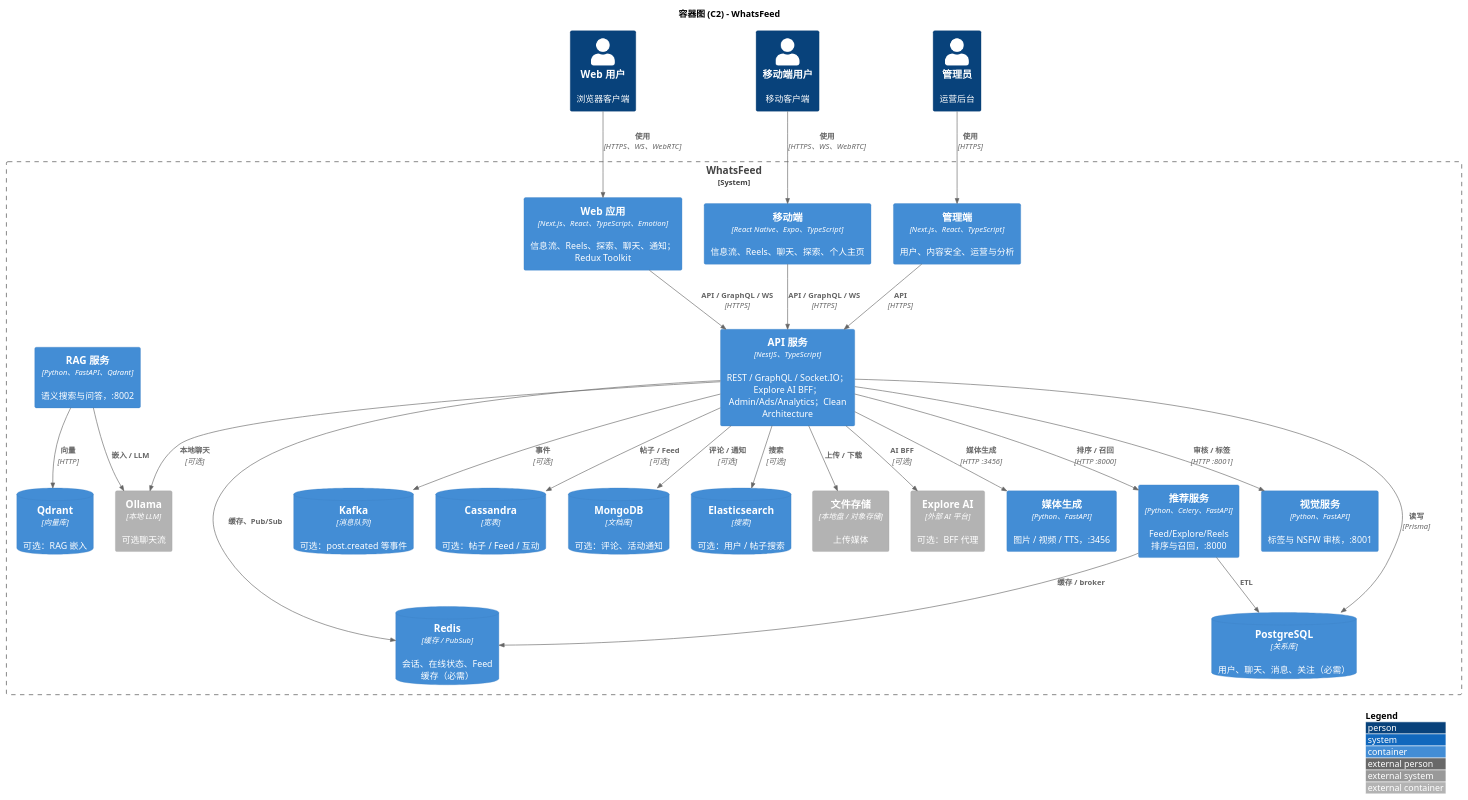
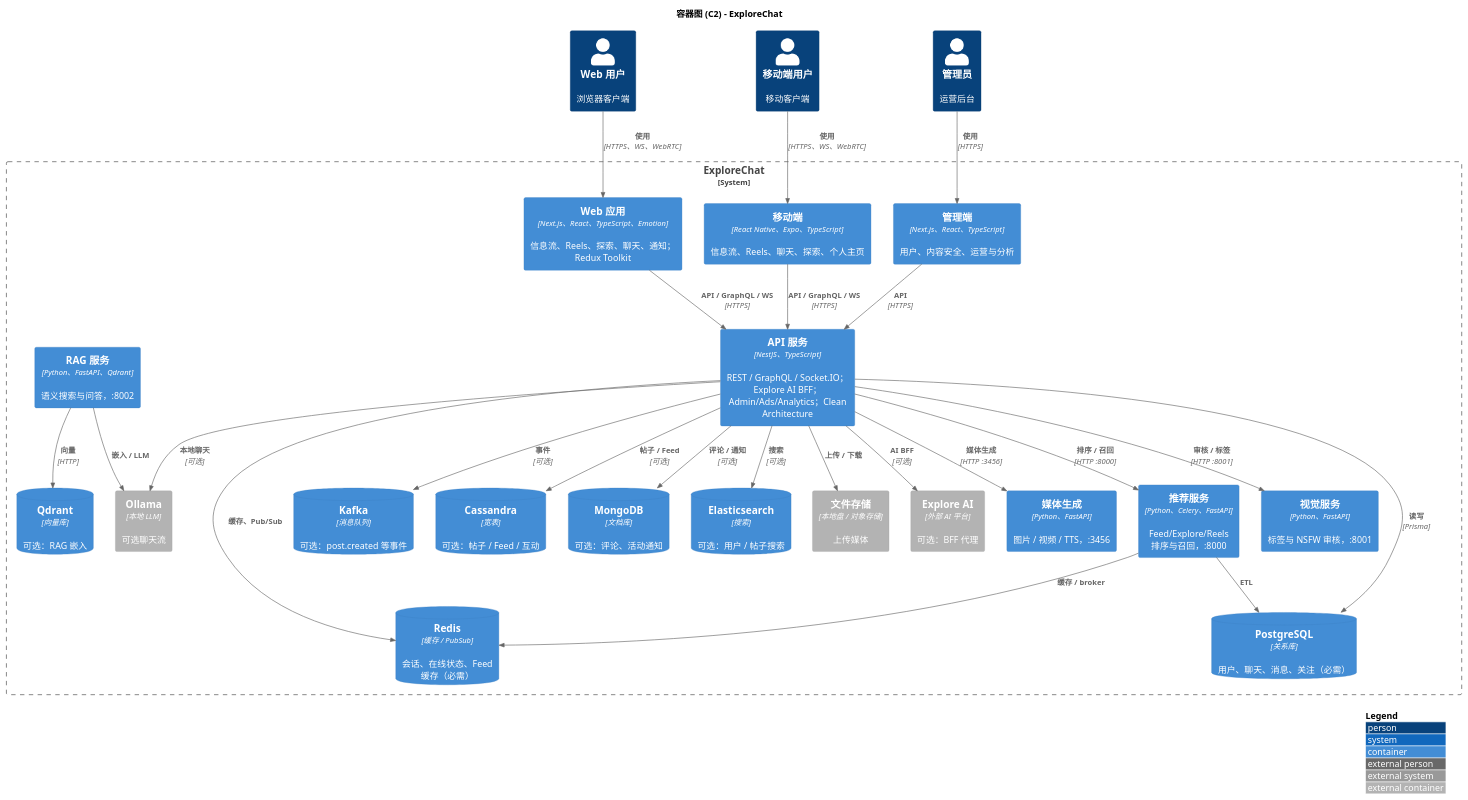
Before and after one commit to felixzhu97/explore-chat: the diagram in docs/developer/c4-model/C2-Container.puml, drawn with PlantUML. The commit also changed 16 other files, not shown here.

First line of the commit message:
Rename project branding to ExploreChat / explore-chat (#31)

```diff
--- a/docs/developer/c4-model/C2-Container.puml
+++ b/docs/developer/c4-model/C2-Container.puml
@@ -1,56 +1,56 @@
 @startuml C2-Container
 !include https://raw.githubusercontent.com/plantuml-stdlib/C4-PlantUML/master/C4_Container.puml
 
 LAYOUT_WITH_LEGEND()
 
-title 容器图 (C2) - WhatsFeed
+title 容器图 (C2) - ExploreChat
 
 Person(user_web, "Web 用户", "浏览器客户端")
 Person(user_mobile, "移动端用户", "移动客户端")
 Person(admin_user, "管理员", "运营后台")
 
-System_Boundary(whatsfeed, "WhatsFeed") {
+System_Boundary(whatsfeed, "ExploreChat") {
   Container(web_app, "Web 应用", "Next.js、React、TypeScript、Emotion", "信息流、Reels、探索、聊天、通知；Redux Toolkit")
   Container(admin_app, "管理端", "Next.js、React、TypeScript", "用户、内容安全、运营与分析")
   Container(mobile_app, "移动端", "React Native、Expo、TypeScript", "信息流、Reels、聊天、探索、个人主页")
   Container(api_server, "API 服务", "NestJS、TypeScript", "REST / GraphQL / Socket.IO；Explore AI BFF；Admin/Ads/Analytics；Clean Architecture")
   Container(media_gen, "媒体生成", "Python、FastAPI", "图片 / 视频 / TTS，:3456")
   Container(recommendation_svc, "推荐服务", "Python、Celery、FastAPI", "Feed/Explore/Reels 排序与召回，:8000")
   Container(vision_svc, "视觉服务", "Python、FastAPI", "标签与 NSFW 审核，:8001")
   Container(rag_svc, "RAG 服务", "Python、FastAPI、Qdrant", "语义搜索与问答，:8002")
   ContainerDb(postgres, "PostgreSQL", "关系库", "用户、聊天、消息、关注（必需）")
   ContainerDb(redis, "Redis", "缓存 / PubSub", "会话、在线状态、Feed 缓存（必需）")
   ContainerDb(kafka, "Kafka", "消息队列", "可选：post.created 等事件")
   ContainerDb(cassandra, "Cassandra", "宽表", "可选：帖子 / Feed / 互动")
   ContainerDb(mongodb, "MongoDB", "文档库", "可选：评论、活动通知")
   ContainerDb(elasticsearch, "Elasticsearch", "搜索", "可选：用户 / 帖子搜索")
   ContainerDb(qdrant, "Qdrant", "向量库", "可选：RAG 嵌入")
   Container_Ext(file_storage, "文件存储", "本地盘 / 对象存储", "上传媒体")
   Container_Ext(ollama, "Ollama", "本地 LLM", "可选聊天流")
   Container_Ext(explore_ai, "Explore AI", "外部 AI 平台", "可选：BFF 代理")
 }
 
 Rel(user_web, web_app, "使用", "HTTPS、WS、WebRTC")
 Rel(user_mobile, mobile_app, "使用", "HTTPS、WS、WebRTC")
 Rel(admin_user, admin_app, "使用", "HTTPS")
 Rel(web_app, api_server, "API / GraphQL / WS", "HTTPS")
 Rel(mobile_app, api_server, "API / GraphQL / WS", "HTTPS")
 Rel(admin_app, api_server, "API", "HTTPS")
 Rel(api_server, postgres, "读写", "Prisma")
 Rel(api_server, redis, "缓存、Pub/Sub")
 Rel(api_server, kafka, "事件", "可选")
 Rel(api_server, cassandra, "帖子 / Feed", "可选")
 Rel(api_server, mongodb, "评论 / 通知", "可选")
 Rel(api_server, elasticsearch, "搜索", "可选")
 Rel(api_server, file_storage, "上传 / 下载")
 Rel(api_server, media_gen, "媒体生成", "HTTP :3456")
 Rel(api_server, vision_svc, "审核 / 标签", "HTTP :8001")
 Rel(api_server, recommendation_svc, "排序 / 召回", "HTTP :8000")
 Rel(api_server, ollama, "本地聊天", "可选")
 Rel(api_server, explore_ai, "AI BFF", "可选")
 Rel(recommendation_svc, redis, "缓存 / broker")
 Rel(recommendation_svc, postgres, "ETL")
 Rel(rag_svc, qdrant, "向量", "HTTP")
 Rel(rag_svc, ollama, "嵌入 / LLM")
 
 @enduml
```
